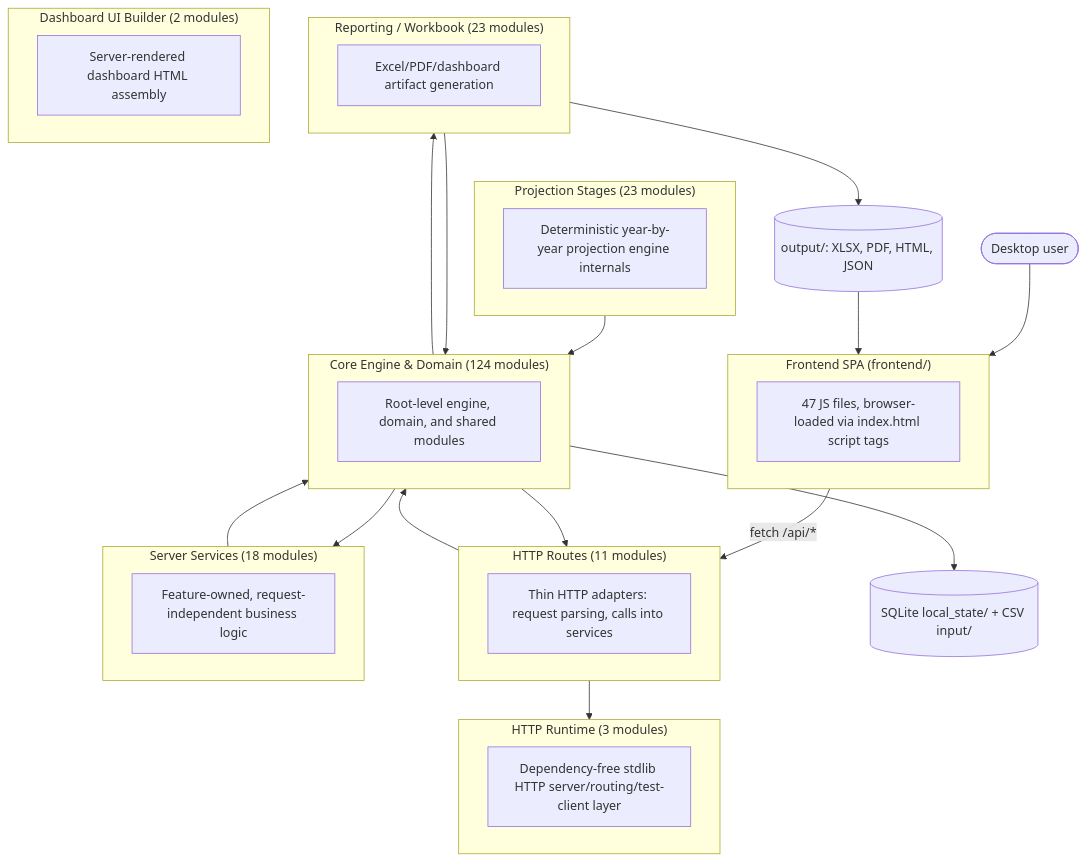
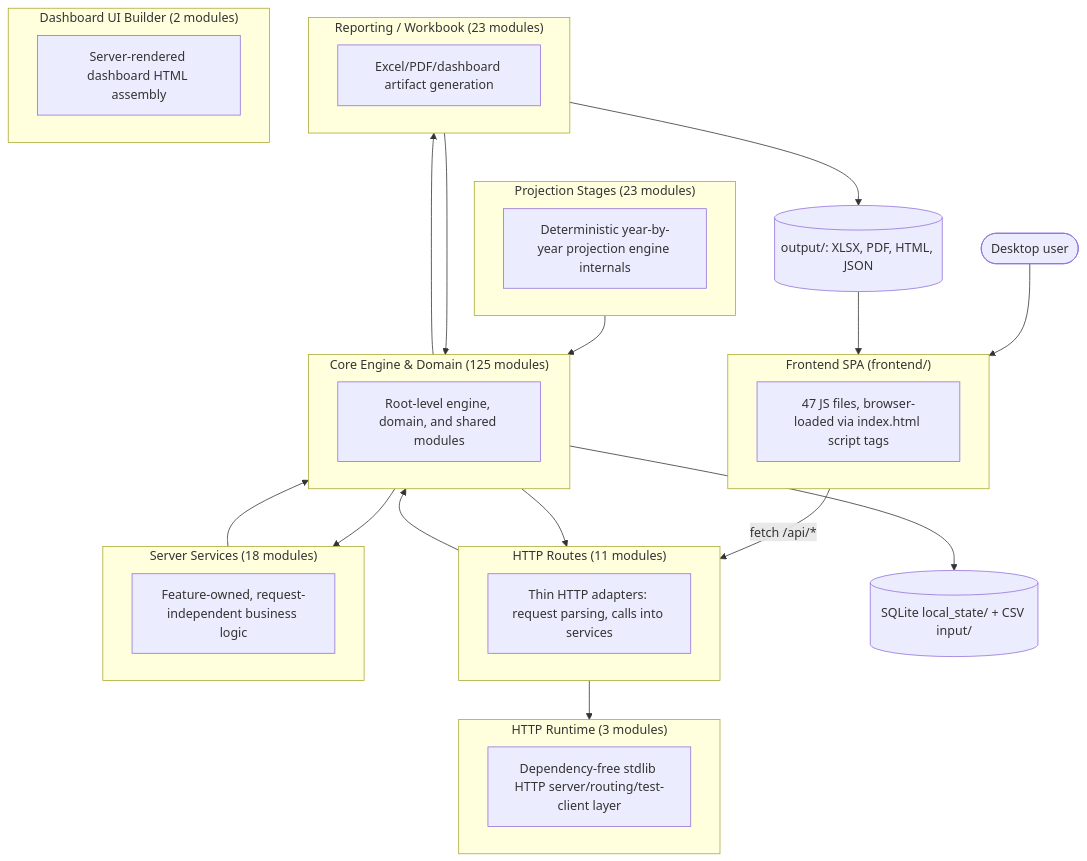
Before and after one commit to matthartzman/retirement_system: the first of 2 diagrams in documentation/reference/SYSTEM_ARCHITECTURE_DIAGRAM.md, drawn with Mermaid. The commit also changed other lines of this file and 16 other files, not shown here.

````diff
--- a/documentation/reference/SYSTEM_ARCHITECTURE_DIAGRAM.md
+++ b/documentation/reference/SYSTEM_ARCHITECTURE_DIAGRAM.md
@@ -11,40 +11,40 @@
 ```mermaid
 flowchart TB
     User(["Desktop user"]) --> FE
     subgraph FE["Frontend SPA (frontend/)"]
         FEcount["47 JS files, browser-loaded via index.html script tags"]
     end
     FE -->|fetch /api/*| L_HTTP_Routes
     subgraph L_HTTP_Routes["HTTP Routes (11 modules)"]
         L_HTTP_Routes_d["Thin HTTP adapters: request parsing, calls into services"]
     end
     subgraph L_Server_Services["Server Services (18 modules)"]
         L_Server_Services_d["Feature-owned, request-independent business logic"]
     end
     subgraph L_HTTP_Runtime["HTTP Runtime (3 modules)"]
         L_HTTP_Runtime_d["Dependency-free stdlib HTTP server/routing/test-client layer"]
     end
-    subgraph L_Core_Engine___Domain["Core Engine & Domain (124 modules)"]
+    subgraph L_Core_Engine___Domain["Core Engine & Domain (125 modules)"]
         L_Core_Engine___Domain_d["Root-level engine, domain, and shared modules"]
     end
     subgraph L_Projection_Stages["Projection Stages (23 modules)"]
         L_Projection_Stages_d["Deterministic year-by-year projection engine internals"]
     end
     subgraph L_Reporting___Workbook["Reporting / Workbook (23 modules)"]
         L_Reporting___Workbook_d["Excel/PDF/dashboard artifact generation"]
     end
     subgraph L_Dashboard_UI_Builder["Dashboard UI Builder (2 modules)"]
         L_Dashboard_UI_Builder_d["Server-rendered dashboard HTML assembly"]
     end
     L_Core_Engine___Domain --> L_HTTP_Routes
     L_Core_Engine___Domain --> L_Reporting___Workbook
     L_Core_Engine___Domain --> L_Server_Services
     L_HTTP_Routes --> L_Core_Engine___Domain
     L_HTTP_Routes --> L_HTTP_Runtime
     L_Projection_Stages --> L_Core_Engine___Domain
     L_Reporting___Workbook --> L_Core_Engine___Domain
     L_Server_Services --> L_Core_Engine___Domain
     L_Core_Engine___Domain --> DB[("SQLite local_state/ + CSV input/")]
     L_Reporting___Workbook --> Outputs[("output/: XLSX, PDF, HTML, JSON")]
     Outputs --> FE
 ```
````
